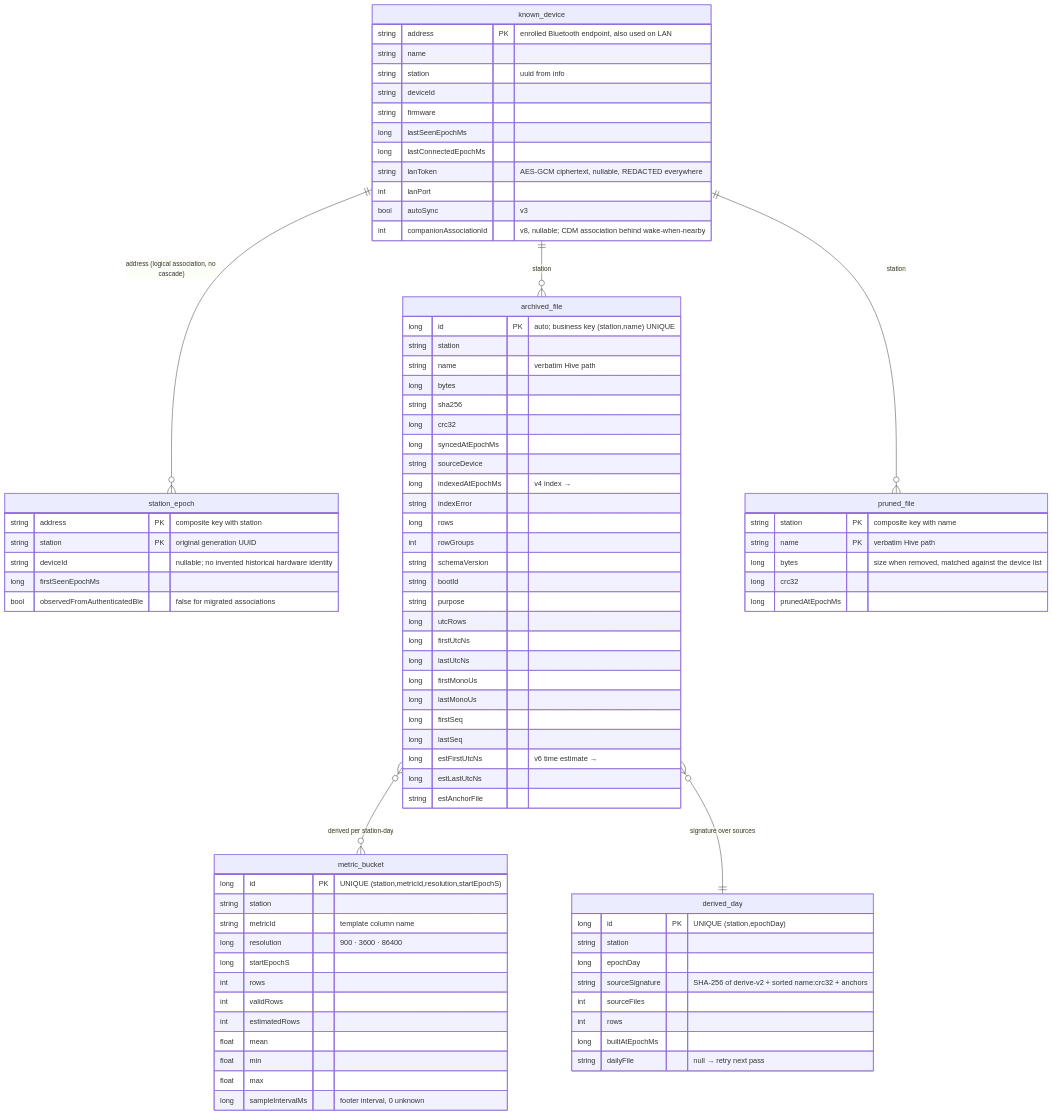
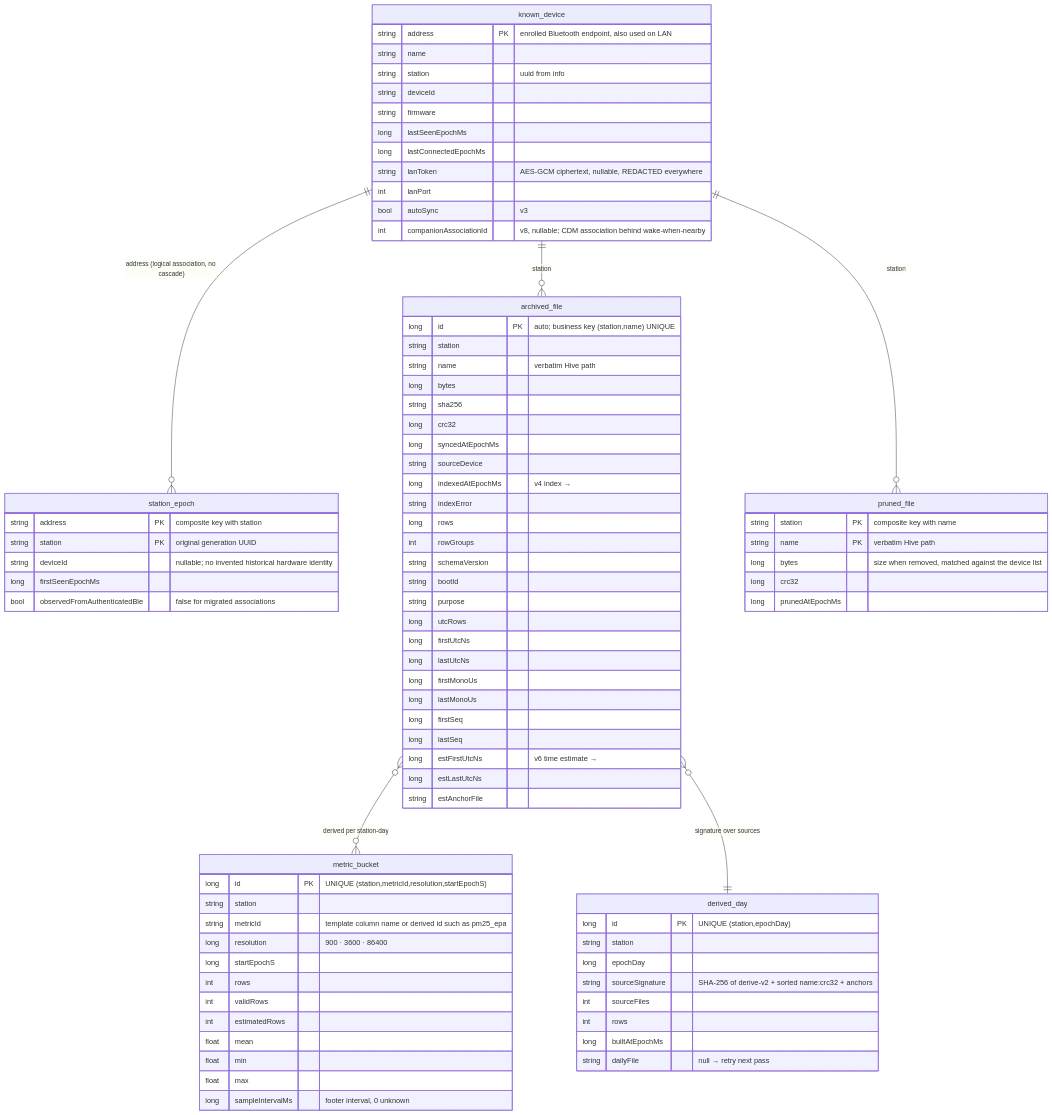
One commit to walkthru-earth/opensensor-space-mobile changed the first of 2 diagrams in docs/data-model.md. Above: the diagram before and after it, drawn with Mermaid. The commit also changed 23 other files, not shown here.

```diff
--- a/docs/data-model.md
+++ b/docs/data-model.md
@@ -79,7 +79,7 @@
   metric_bucket {
     long id PK "UNIQUE (station,metricId,resolution,startEpochS)"
     string station
-    string metricId "template column name"
+    string metricId "template column name or derived id such as pm25_epa"
     long resolution "900 · 3600 · 86400"
     long startEpochS
     int rows
```
